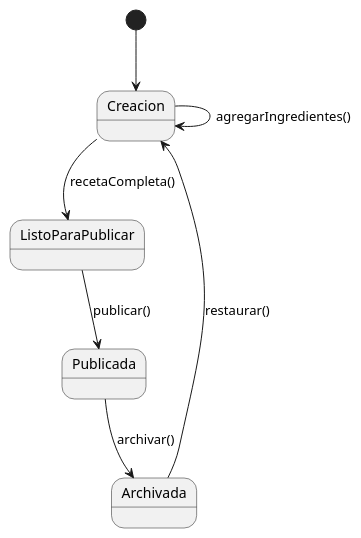
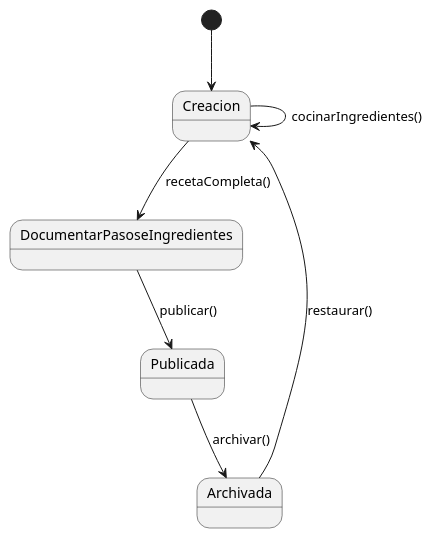
Before and after one commit to mmasias/25-26-IDSW1: the diagram in entregas/Reto_001/diagrama_estados.puml, drawn with PlantUML. The commit also changed 1 other file, not shown here.

Commit message:
Cambio de Diagramas

```diff
--- a/entregas/Reto_001/diagrama_estados.puml
+++ b/entregas/Reto_001/diagrama_estados.puml
@@ -1,10 +1,10 @@
 @startuml
 [*] --> Creacion
 
-Creacion --> Creacion : agregarIngredientes()
-Creacion --> ListoParaPublicar : recetaCompleta()
-ListoParaPublicar --> Publicada : publicar()
+Creacion --> Creacion : cocinarIngredientes()
+Creacion --> DocumentarPasoseIngredientes : recetaCompleta()
+DocumentarPasoseIngredientes --> Publicada : publicar()
 Publicada --> Archivada : archivar()
 Archivada --> Creacion : restaurar() 
 
 @enduml
```
